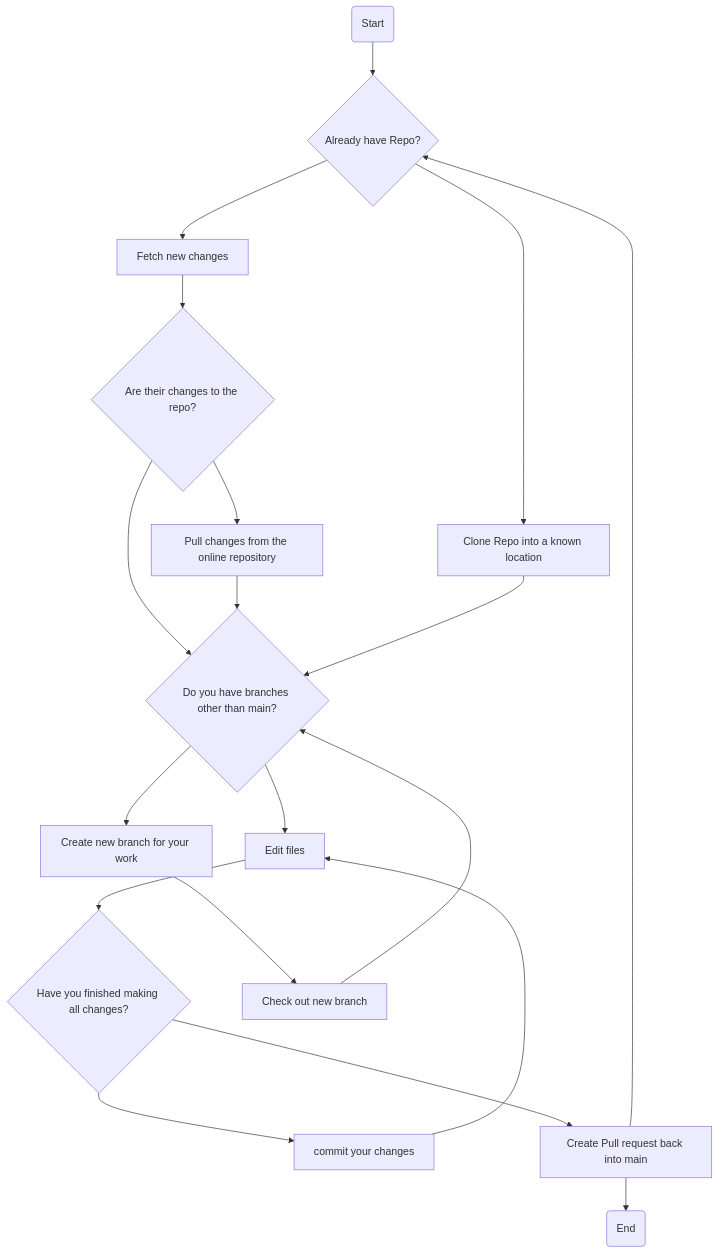
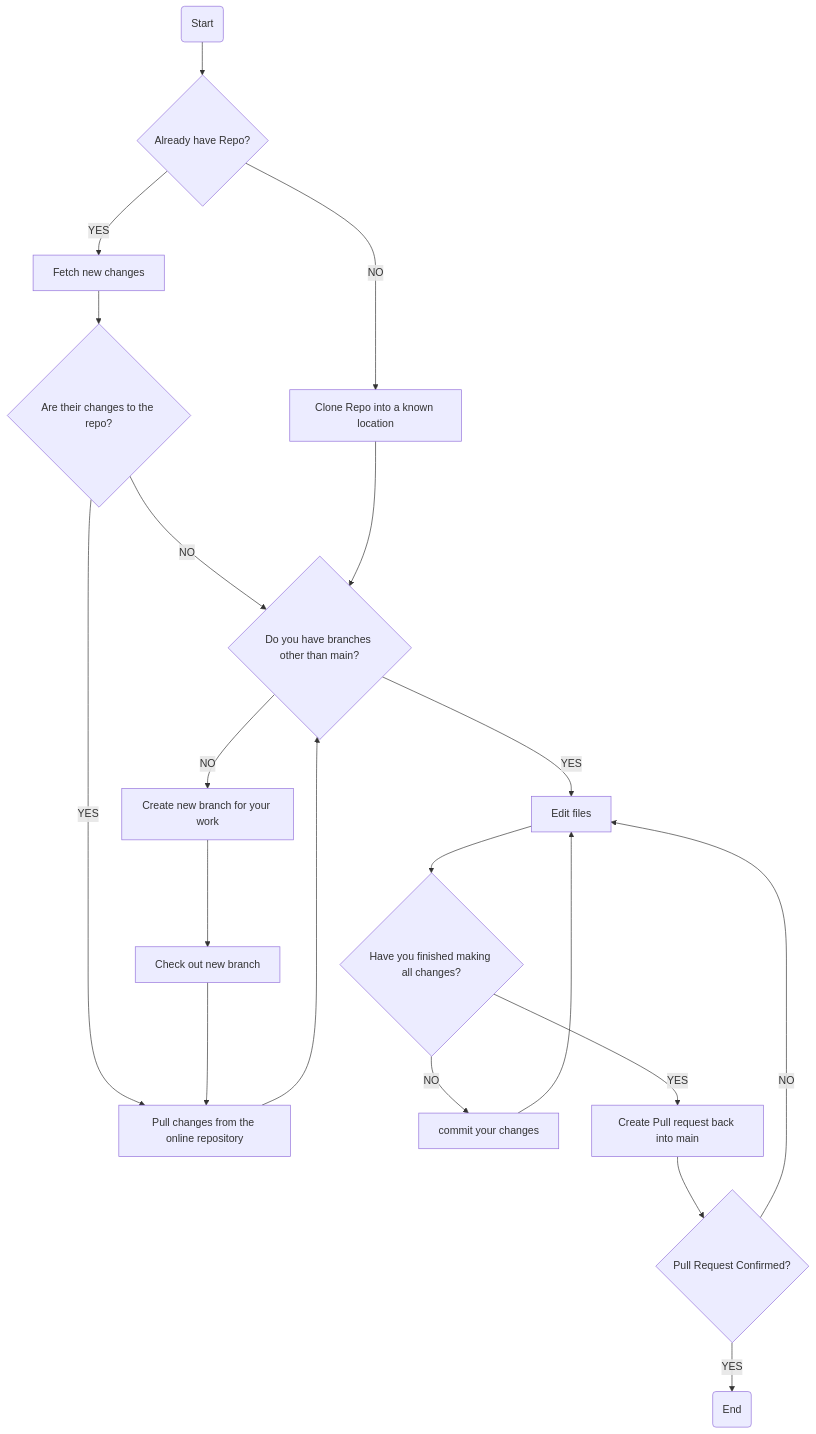
Before and after one commit to SoftwareDesignDevKings/SoftwareDevelopmentNotes: the diagram in README.md, drawn with Mermaid.

Commit message:
Finished mermaid chart of commit process.

````diff
--- a/README.md
+++ b/README.md
@@ -79,47 +79,50 @@
 ```mermaid
 flowchart TD
     D1{Already have Repo?}
     D2{Are their changes to the repo?}
     D3{Do you have branches other than main?}
     D4{Have you finished making all changes?}
+    D5{Pull Request Confirmed?}
 
     I1[Clone Repo into a known location]
     I2[Fetch new changes]
     I3[Pull changes from the online repository]
     I4[Create new branch for your work]
     I5[Check out new branch]
     I6[Edit files]
     I7[commit your changes]
     I8[Create Pull request back into main]
 
     S(Start)
     E(End)
 
     S --> D1
 
-    D1 --> I1
-    D1 --> I2
+    D1 -->|NO| I1
+    D1 -->|YES| I2
 
     I2 --> D2
 
-    D2 --> I3
-    D2 --> D3
+    D2 -->|YES| I3
+    D2 -->|NO| D3
 
     I3 --> D3
     I1 --> D3
 
-    D3 --> I4
-    D3 --> I6
+    D3 -->|NO| I4
+    D3 -->|YES| I6
 
     I4 --> I5
-    I5 --> D3
+    I5 --> I3
 
     I6 --> D4
 
-    D4 --> I7
-    D4 --> I8
+    D4 -->|NO| I7
+    D4 -->|YES| I8
     
     I7 --> I6
-    I8 -->D1
-    I8 --> E
+    I8 -->D5
+
+    D5 -->|YES| E
+    D5 -->|NO| I6
 ```
````
